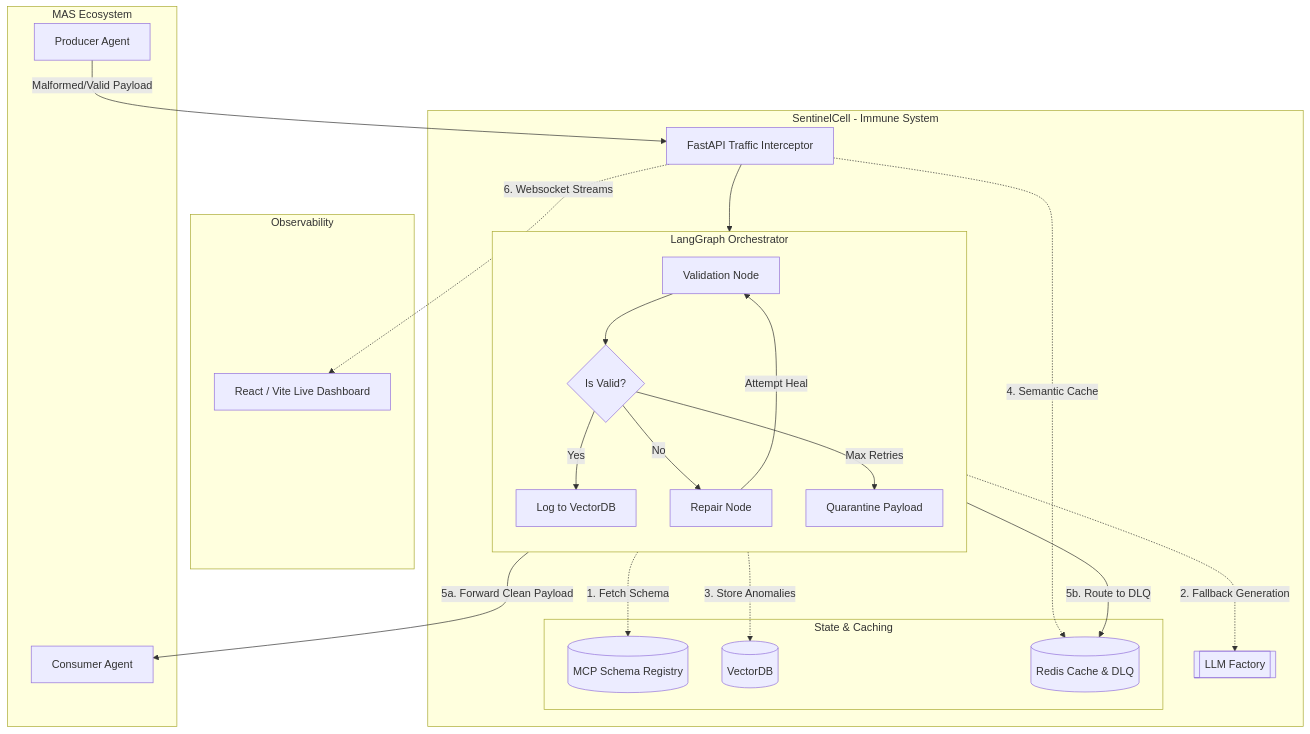
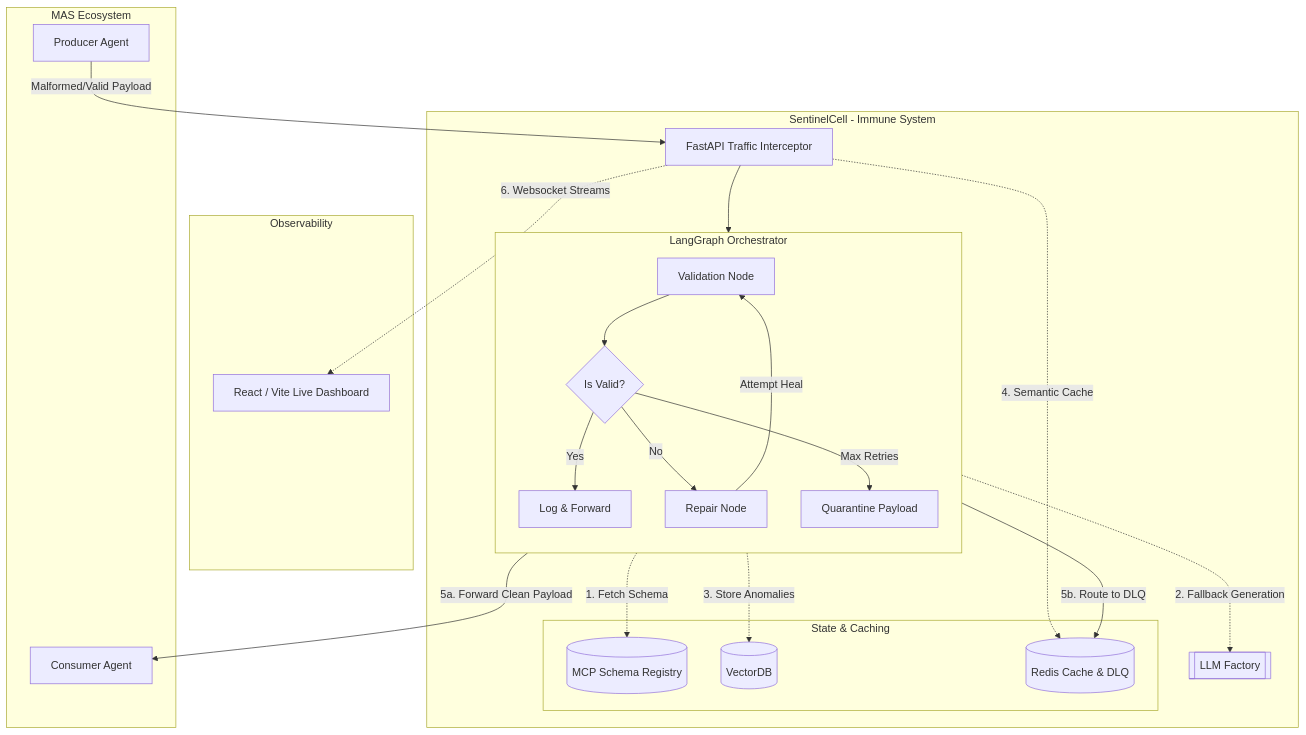
The diagram in README.md (AtaCanYmc/SentinelCell-MAS-Immune-System), drawn with Mermaid before and after one commit.

Commit message:
fix: update logging flow in README.md for clarity and accuracy

````diff
--- a/README.md
+++ b/README.md
@@ -52,46 +52,47 @@
 ```mermaid
 flowchart TD
     subgraph External[MAS Ecosystem]
         Producer[Producer Agent]
         Consumer[Consumer Agent]
     end
 
     subgraph UserInterface[Observability]
         Dashboard[React / Vite Live Dashboard]
     end
 
     subgraph Middleware[SentinelCell - Immune System]
         Intercept[FastAPI Traffic Interceptor]
 
         subgraph Orchestrator[LangGraph Orchestrator]
             direction TB
             Validate[Validation Node]
             Decide{Is Valid?}
             Repair[Repair Node]
+            Log[Log & Forward]
 
             Validate --> Decide
-            Decide -- Yes --> Log[Log to VectorDB]
+            Decide -- Yes --> Log
             Decide -- No --> Repair
             Repair -- Attempt Heal --> Validate
             Decide -- Max Retries --> Quarantine[Quarantine Payload]
         end
 
         subgraph Storage[State & Caching]
             Registry[(MCP Schema Registry)]
             Memory[(VectorDB)]
             Redis[(Redis Cache & DLQ)]
         end
 
         LLM[[LLM Factory]]
     end
 
     Producer -->|Malformed/Valid Payload| Intercept
     Intercept --> Validate
     Validate -.->|1. Fetch Schema| Registry
     Repair -.->|2. Fallback Generation| LLM
     Log -.->|3. Store Anomalies| Memory
     Intercept -.->|4. Semantic Cache| Redis
     Log -->|5a. Forward Clean Payload| Consumer
     Quarantine -->|5b. Route to DLQ| Redis
     Intercept -.->|6. Websocket Streams| Dashboard
 ```
````
